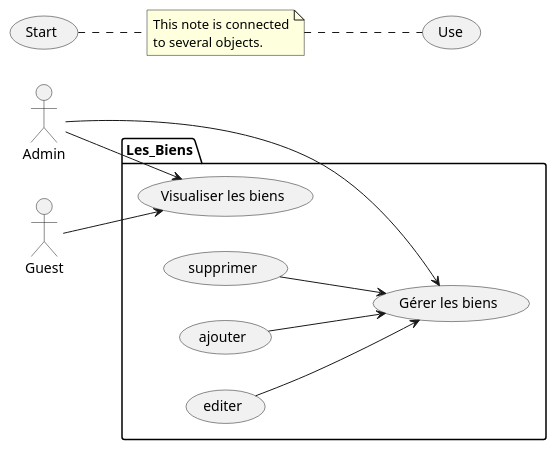
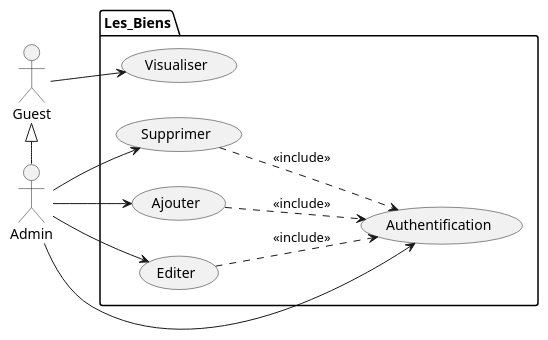
One commit to Brezinben/dinoVert changed the diagram in useCase.puml. Above: the diagram before and after it, drawn with PlantUML. The commit also changed other lines of this file, not shown here.

Commit message:
Ajout du cas d'utilisation de la gestion de biens

```diff
--- a/useCase.puml
+++ b/useCase.puml
@@ -1,21 +1,24 @@
-@startuml test
+@startuml gestionDesBien
 left to right direction
 actor Admin as a
 actor Guest as g
 
 package Les_Biens {
-  usecase "Gérer les biens" as glb
-  usecase "Visualiser les biens" as vlb
-   (supprimer)--> (glb)
-   (ajouter)-->(glb)
-   (editer) -->(glb)
+  usecase "Visualiser" as vlb
+  usecase "Authentification" as auth
+  usecase "Supprimer" as del
+  usecase "Ajouter" as add
+  usecase "Editer" as edit
+    del ..> auth : <<include>>
+    add ..> auth : <<include>>
+    edit ..> auth : <<include>>
 }
 
-note "This note is connected\nto several objects." as N2
-(Start) .. N2
-N2 .. (Use)
+a --> add
+a --> edit
+a --> del
+a --> auth
+g --> vlb
+g<|-a
 
-a --> glb
-a --> vlb
-g --> vlb
 @enduml
```
